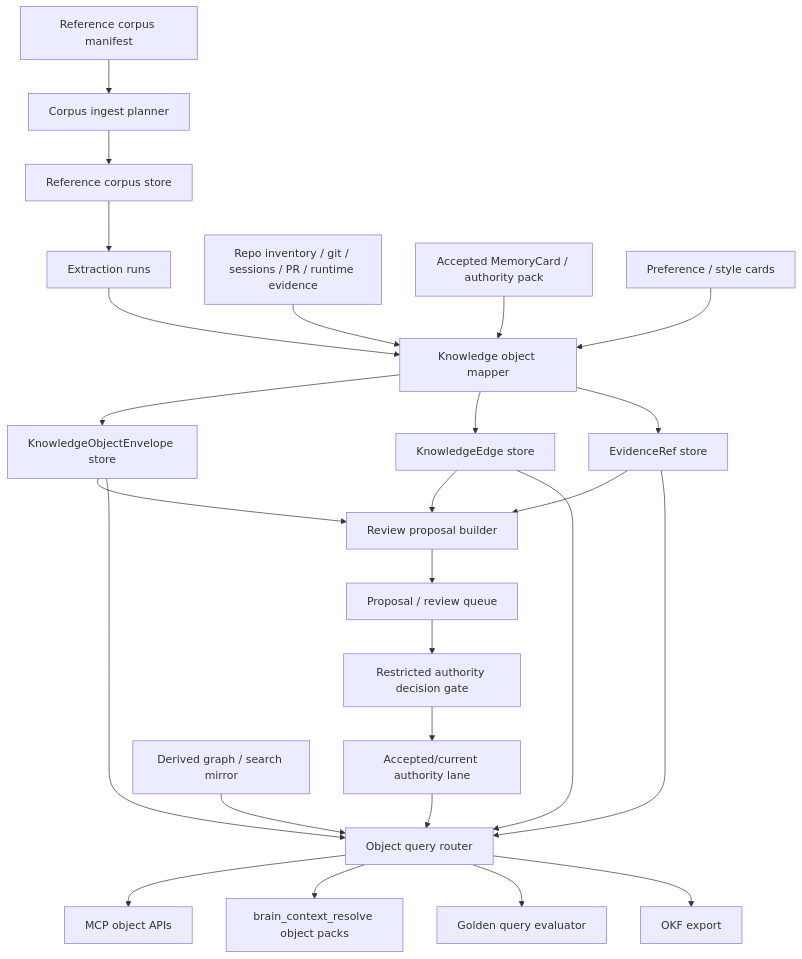
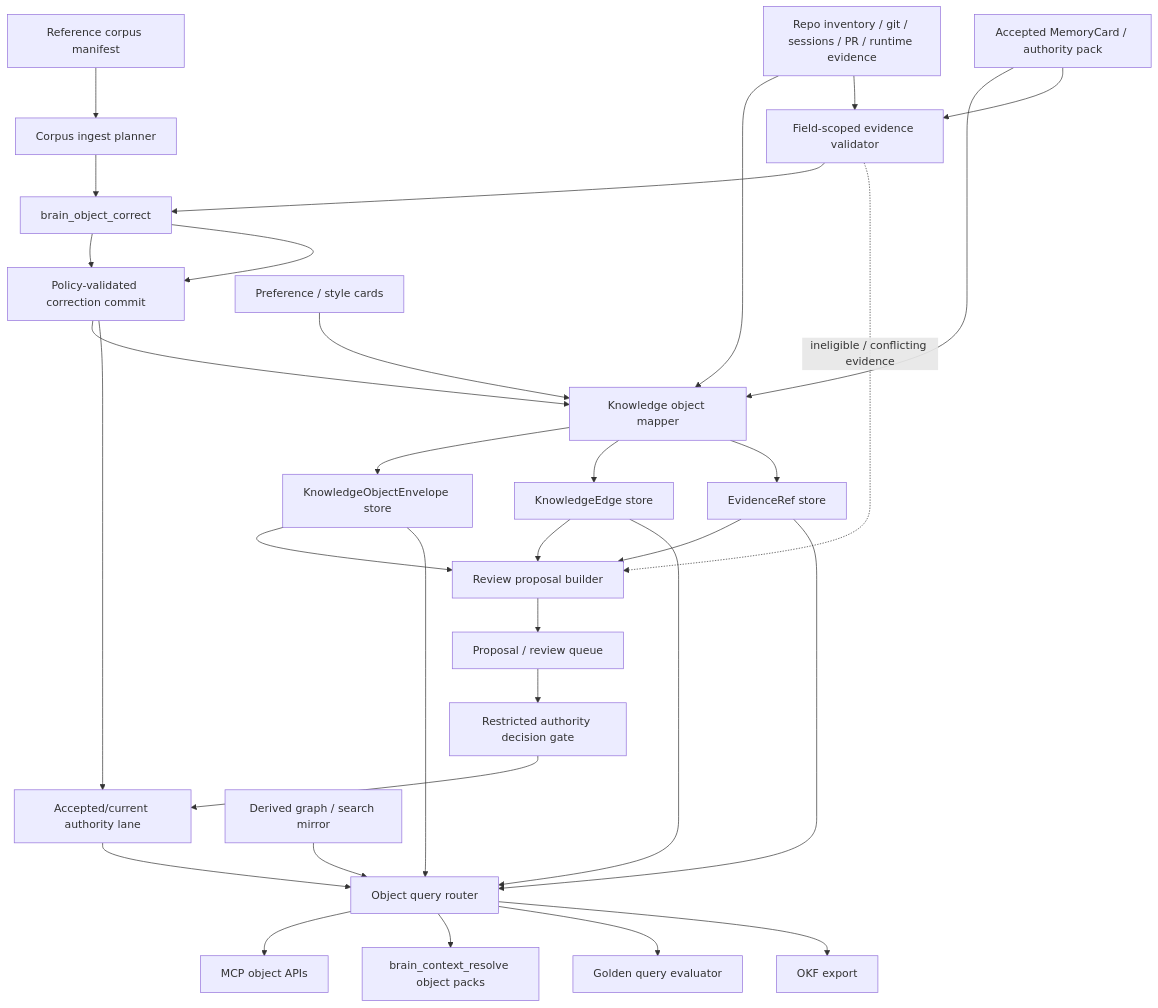
One commit to pureliture/neurons changed the diagram in docs/specs/2026-07-05-lbrain-knowledge-object-substrate/design.md. Above: the diagram before and after it, drawn with Mermaid. The commit also changed other lines of this file and 18 other files, not shown here.

````diff
--- a/docs/specs/2026-07-05-lbrain-knowledge-object-substrate/design.md
+++ b/docs/specs/2026-07-05-lbrain-knowledge-object-substrate/design.md
@@ -51,33 +51,40 @@
 ```mermaid
 flowchart TD
     A["Reference corpus manifest"] --> B["Corpus ingest planner"]
     B --> C["Reference corpus store"]
     C --> D["Extraction runs"]
     D --> E["Knowledge object mapper"]
 
     F["Repo inventory / git / sessions / PR / runtime evidence"] --> E
     G["Accepted MemoryCard / authority pack"] --> E
     H["Preference / style cards"] --> E
+
+    F --> V["Field-scoped evidence validator"]
+    G --> V
+    V --> C["brain_object_correct"]
+    C --> D["Policy-validated correction commit"]
+    D --> O
+    V -. "ineligible / conflicting evidence" .-> L
 
     E --> I["KnowledgeObjectEnvelope store"]
     E --> J["KnowledgeEdge store"]
     E --> K["EvidenceRef store"]
 
     I --> L["Review proposal builder"]
     J --> L
     K --> L
     L --> M["Proposal / review queue"]
     M --> N["Restricted authority decision gate"]
     N --> O["Accepted/current authority lane"]
 
     I --> P["Object query router"]
     J --> P
     K --> P
     O --> P
     Q["Derived graph / search mirror"] --> P
 
     P --> R["MCP object APIs"]
     P --> S["brain_context_resolve object packs"]
     P --> T["Golden query evaluator"]
     P --> U["OKF export"]
 ```
````
